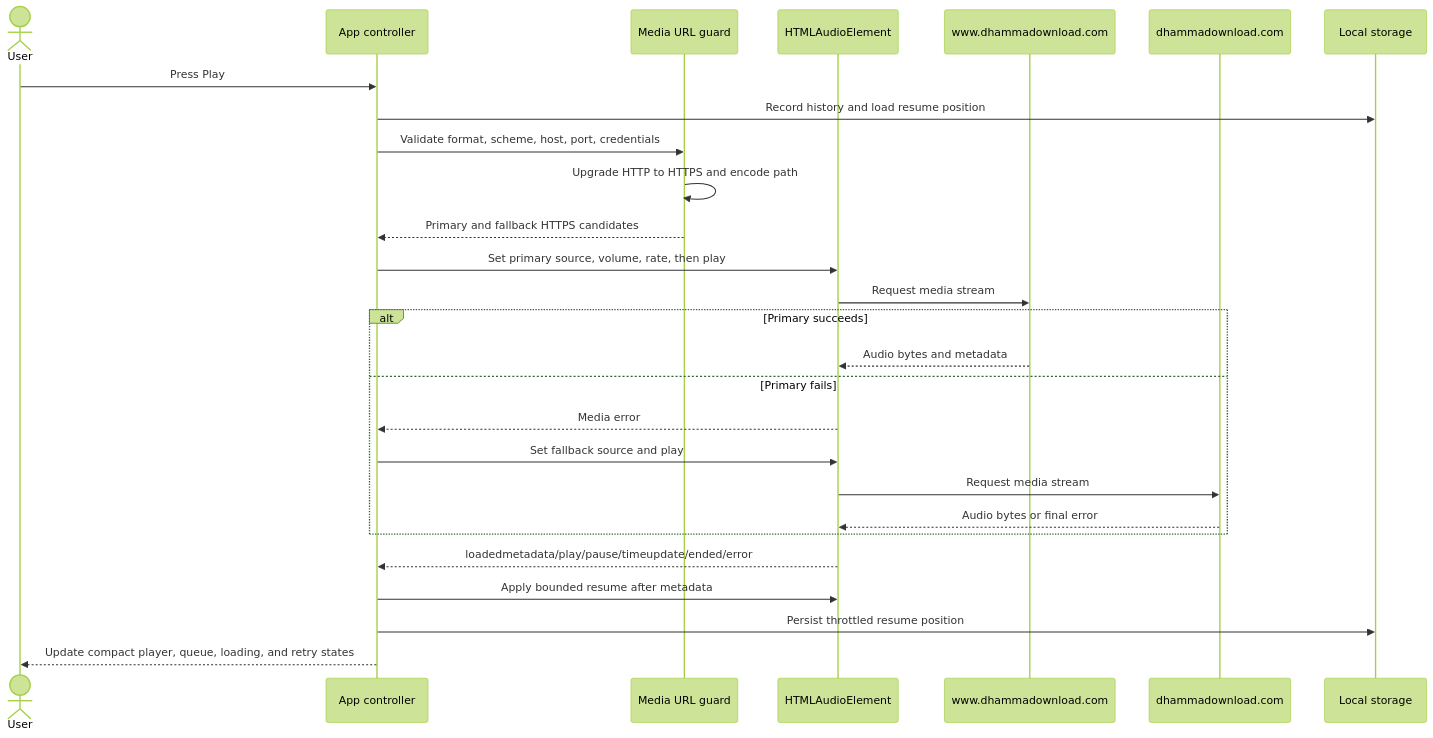
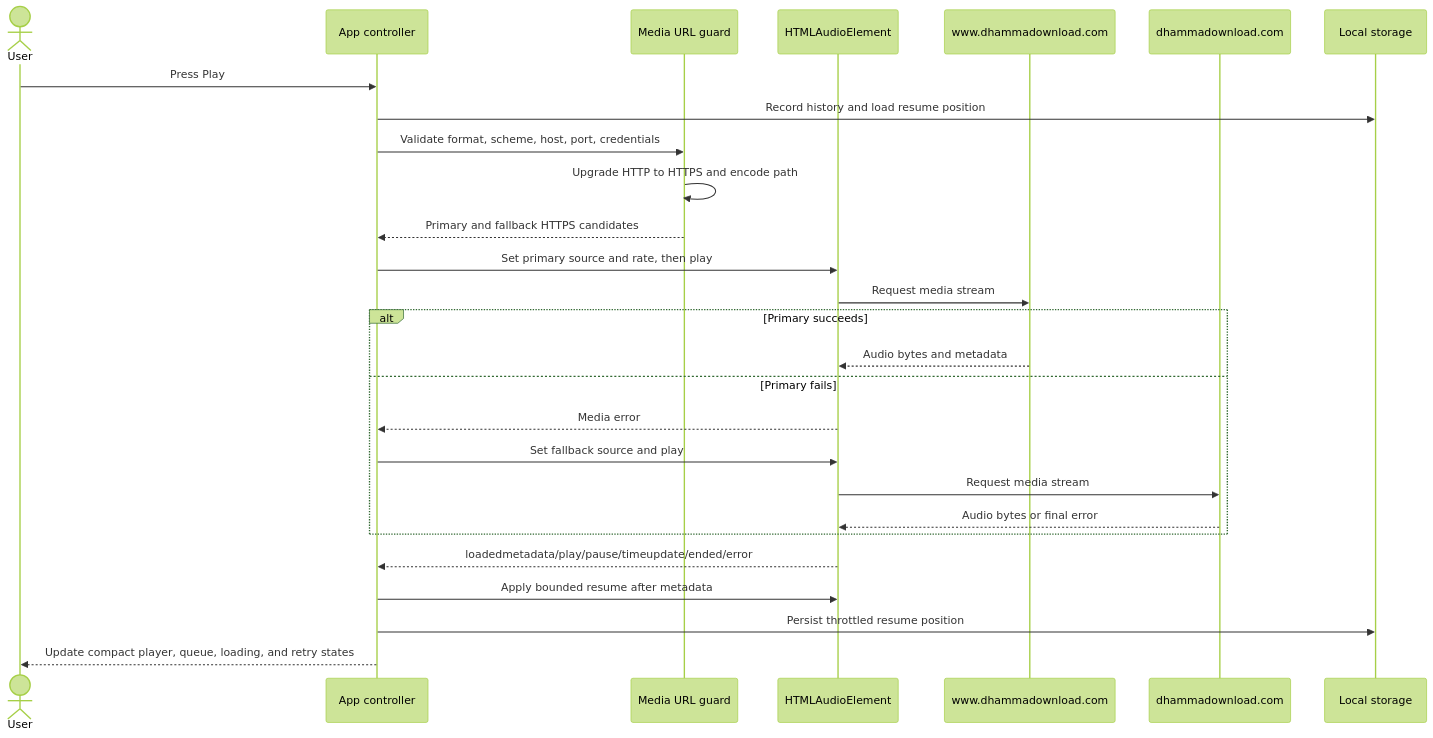
One commit to AungMyoKyaw/dhamma-echo changed the third of 3 diagrams in docs/architecture/data-flow.md. Above: the diagram before and after it, drawn with Mermaid (forest theme). The commit also changed 18 other files, not shown here.

````diff
--- a/docs/architecture/data-flow.md
+++ b/docs/architecture/data-flow.md
@@ -49,30 +49,30 @@
 ```mermaid
 sequenceDiagram
     actor User
     participant UI as App controller
     participant Guard as Media URL guard
     participant Audio as HTMLAudioElement
     participant Primary as www.dhammadownload.com
     participant Fallback as dhammadownload.com
     participant Local as Local storage
 
     User->>UI: Press Play
     UI->>Local: Record history and load resume position
     UI->>Guard: Validate format, scheme, host, port, credentials
     Guard->>Guard: Upgrade HTTP to HTTPS and encode path
     Guard-->>UI: Primary and fallback HTTPS candidates
-    UI->>Audio: Set primary source, volume, rate, then play
+    UI->>Audio: Set primary source and rate, then play
     Audio->>Primary: Request media stream
     alt Primary succeeds
         Primary-->>Audio: Audio bytes and metadata
     else Primary fails
         Audio-->>UI: Media error
         UI->>Audio: Set fallback source and play
         Audio->>Fallback: Request media stream
         Fallback-->>Audio: Audio bytes or final error
     end
     Audio-->>UI: loadedmetadata/play/pause/timeupdate/ended/error
     UI->>Audio: Apply bounded resume after metadata
     UI->>Local: Persist throttled resume position
     UI-->>User: Update compact player, queue, loading, and retry states
 ```
````
